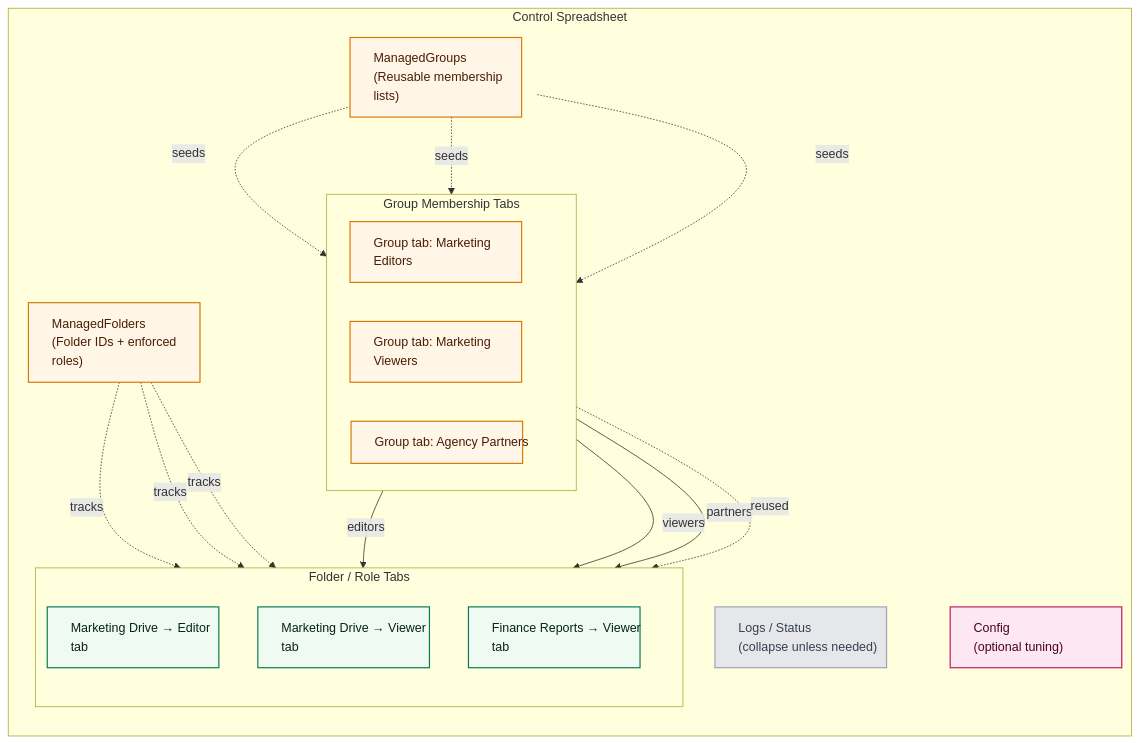
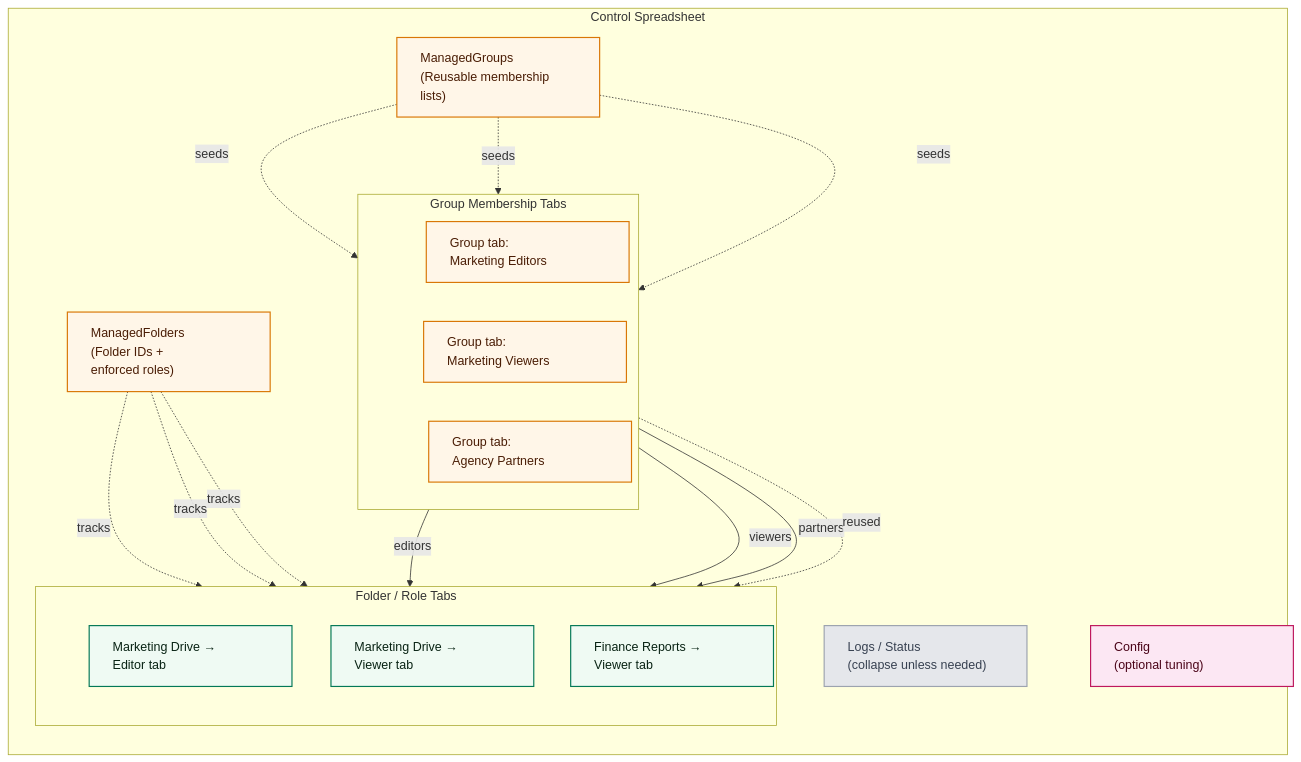
Before and after one commit to davidf9999/gdrive_permissions1: the first of 3 diagrams in docs/ARCHITECTURE_OVERVIEW.md, drawn with Mermaid. The commit also changed other lines of this file, not shown here.

Commit message:
docs: wrap mermaid labels for github

````diff
--- a/docs/ARCHITECTURE_OVERVIEW.md
+++ b/docs/ARCHITECTURE_OVERVIEW.md
@@ -27,44 +27,44 @@
 ```mermaid
-%% Give nodes a consistent width so longer labels render fully in GitHub's Mermaid renderer
+%% Wider nodes with manual line breaks to keep labels visible in GitHub's Mermaid renderer
 flowchart TD
   subgraph ControlSheet[Control Spreadsheet]
     direction TB
-    ManagedFolders["ManagedFolders<br>(Folder IDs + enforced roles)"]
+    ManagedFolders["ManagedFolders<br>(Folder IDs +<br>enforced roles)"]
     ManagedGroups["ManagedGroups<br>(Reusable membership lists)"]
     subgraph GroupTabs[Group Membership Tabs]
       direction LR
-      GroupSheet1[Group tab: Marketing Editors]
-      GroupSheet2[Group tab: Marketing Viewers]
-      GroupSheet3[Group tab: Agency Partners]
+      GroupSheet1["Group tab:<br>Marketing Editors"]
+      GroupSheet2["Group tab:<br>Marketing Viewers"]
+      GroupSheet3["Group tab:<br>Agency Partners"]
     end
     subgraph FolderRoleTabs[Folder / Role Tabs]
       direction TB
-      FolderSheet1[Marketing Drive → Editor tab]
-      FolderSheet2[Marketing Drive → Viewer tab]
-      FolderSheet3[Finance Reports → Viewer tab]
+      FolderSheet1["Marketing Drive →<br>Editor tab"]
+      FolderSheet2["Marketing Drive →<br>Viewer tab"]
+      FolderSheet3["Finance Reports →<br>Viewer tab"]
     end
     Logs["Logs / Status<br>(collapse unless needed)"]
     Config["Config<br>(optional tuning)"]
   end
 
   ManagedFolders -. tracks .-> FolderSheet1
   ManagedFolders -. tracks .-> FolderSheet2
   ManagedFolders -. tracks .-> FolderSheet3
   ManagedGroups -. seeds .-> GroupSheet1
   ManagedGroups -. seeds .-> GroupSheet2
   ManagedGroups -. seeds .-> GroupSheet3
   GroupSheet1 -- editors --> FolderSheet1
   GroupSheet2 -- viewers --> FolderSheet2
   GroupSheet3 -- partners --> FolderSheet2
   GroupSheet2 -. reused .-> FolderSheet3
 
-  classDef default fill:#f4fbff,stroke:#1463a5,stroke-width:1.5px,color:#0d273d,width:220px,text-align:left;
+  classDef default fill:#f4fbff,stroke:#1463a5,stroke-width:1.5px,color:#0d273d,width:260px,text-align:left;
   classDef group fill:#fff6e8,stroke:#d97706,color:#4a1d05;
   classDef folder fill:#effaf3,stroke:#047857,color:#092314;
   classDef log fill:#e5e7eb,stroke:#9ca3af,color:#374151;
   classDef config fill:#fce7f3,stroke:#be185d,color:#4a0418;
   class ManagedFolders,ManagedGroups,GroupSheet1,GroupSheet2,GroupSheet3 group;
   class FolderSheet1,FolderSheet2,FolderSheet3 folder;
   class Logs log;
   class Config config;
 ```
````
